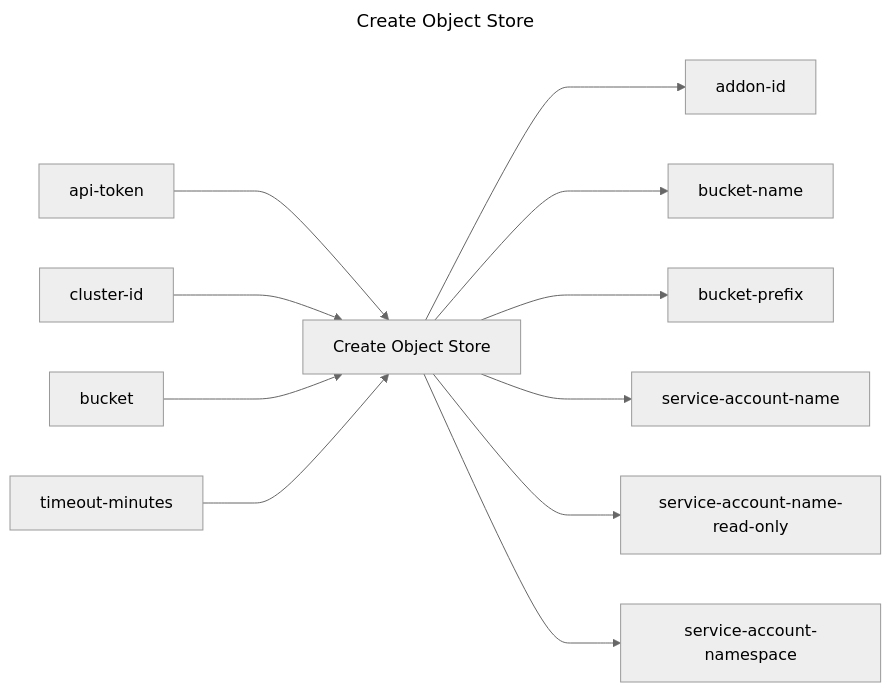
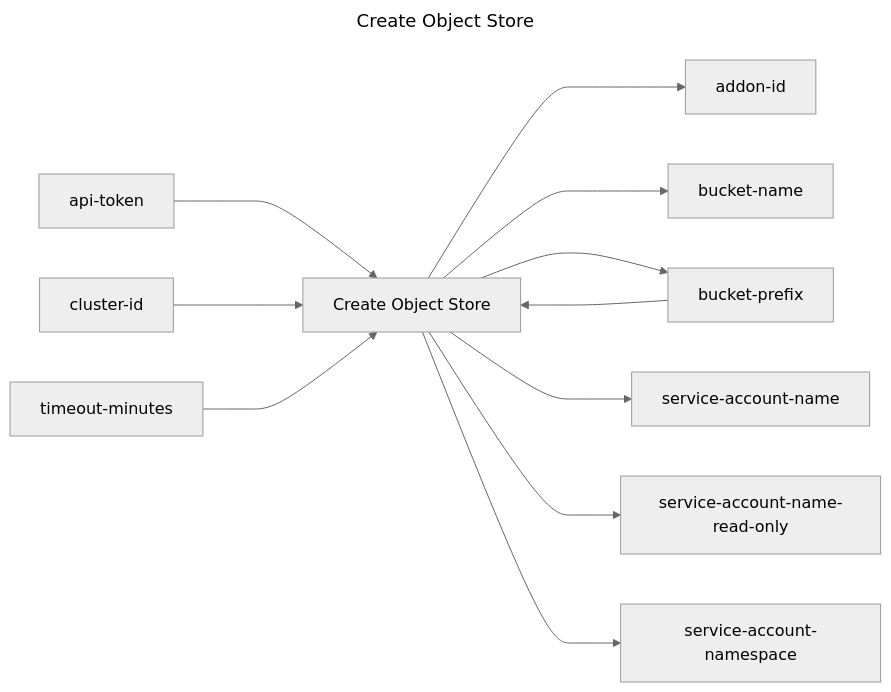
The diagram in create-object-store/README.md (replicatedhq/replicated-actions), drawn with Mermaid (neutral theme) before and after one commit. The commit also changed other lines of this file and 2 other files, not shown here.

Commit message:
Automated commit of npm build result and updated readme files

````diff
--- a/create-object-store/README.md
+++ b/create-object-store/README.md
@@ -3,27 +3,27 @@
 ```mermaid
 ---
 title: Create Object Store
 ---
 graph LR
 create_object_store["Create Object Store"]
 api_token["api-token"]
 cluster_id["cluster-id"]
-bucket["bucket"]
+bucket_prefix["bucket-prefix"]
 timeout_minutes["timeout-minutes"]
 addon_id["addon-id"]
 bucket_name["bucket-name"]
 bucket_prefix["bucket-prefix"]
 service_account_name["service-account-name"]
 service_account_name_read_only["service-account-name-read-only"]
 service_account_namespace["service-account-namespace"]
 api_token ---> create_object_store
 cluster_id ---> create_object_store
-bucket ---> create_object_store
+bucket_prefix ---> create_object_store
 timeout_minutes ---> create_object_store
 create_object_store ---> addon_id
 create_object_store ---> bucket_name
 create_object_store ---> bucket_prefix
 create_object_store ---> service_account_name
 create_object_store ---> service_account_name_read_only
 create_object_store ---> service_account_namespace
 ```
````
